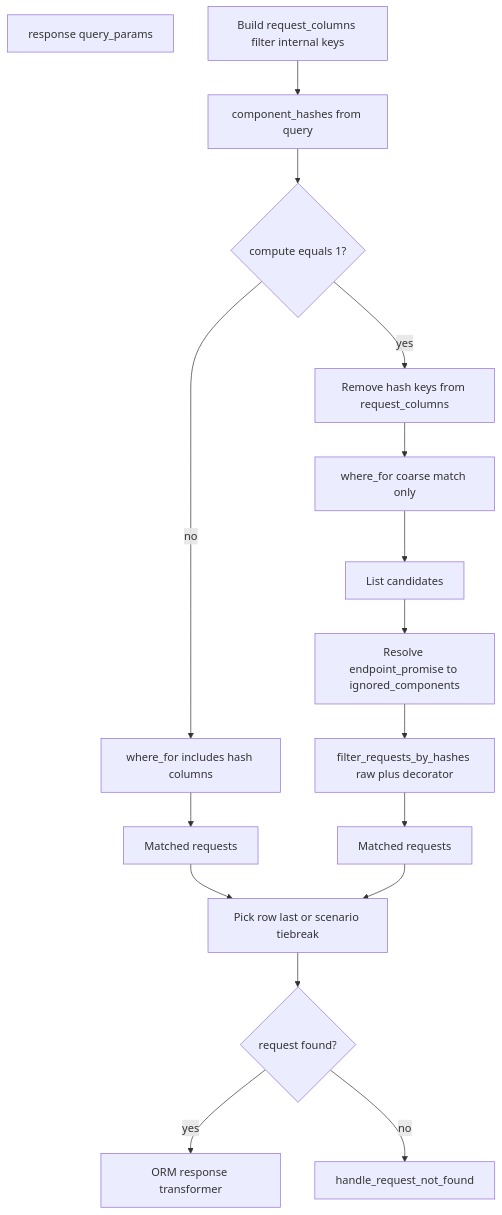
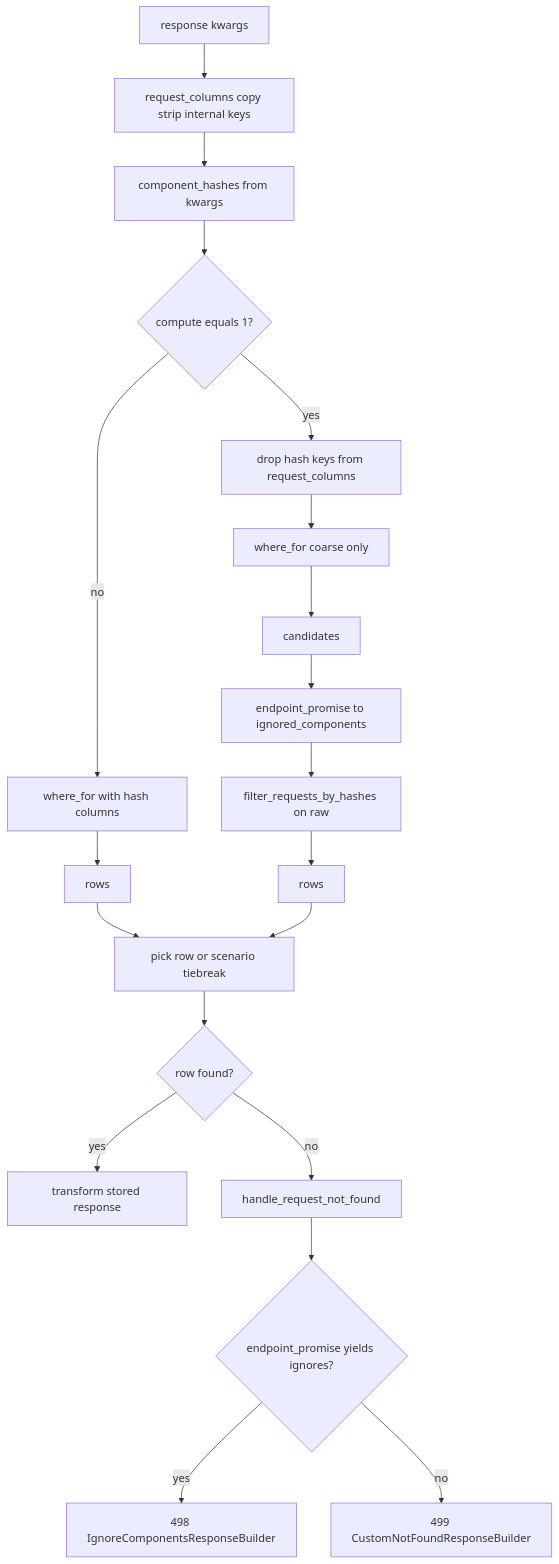
Before and after one commit to Stoobly/stoobly-agent: the fourth of 4 diagrams in docs/mock-request-matching.md, drawn with Mermaid. The commit also changed other lines of this file, not shown here.

Commit message:
Increase diagrams

````diff
--- a/docs/mock-request-matching.md
+++ b/docs/mock-request-matching.md
@@ -122,21 +76,24 @@
 ```mermaid
 flowchart TB
-  Start[response query_params]
-  Col[Build request_columns filter internal keys]
-  Snap[component_hashes from query]
+  Start[response kwargs]
+  Col[request_columns copy strip internal keys]
+  Snap[component_hashes from kwargs]
   Comp{compute equals 1?}
-  Col --> Snap --> Comp
-  Comp -->|no| ORM1[where_for includes hash columns]
-  ORM1 --> Rows1[Matched requests]
-  Comp -->|yes| Strip[Remove hash keys from request_columns]
-  Strip --> ORM2[where_for coarse match only]
-  ORM2 --> Rows2[List candidates]
-  Rows2 --> Resolv[Resolve endpoint_promise to ignored_components]
-  Resolv --> Filter[filter_requests_by_hashes raw plus decorator]
-  Filter --> Rows3[Matched requests]
-  Rows1 --> Pick[Pick row last or scenario tiebreak]
+  Start --> Col --> Snap --> Comp
+  Comp -->|no| ORM1[where_for with hash columns]
+  ORM1 --> Rows1[rows]
+  Comp -->|yes| Strip[drop hash keys from request_columns]
+  Strip --> ORM2[where_for coarse only]
+  ORM2 --> Rows2[candidates]
+  Rows2 --> Res[endpoint_promise to ignored_components]
+  Res --> Filt[filter_requests_by_hashes on raw]
+  Filt --> Rows3[rows]
+  Rows1 --> Pick[pick row or scenario tiebreak]
   Rows3 --> Pick
-  Pick --> Found{request found?}
-  Found -->|yes| Resp[ORM response transformer]
-  Found -->|no| NFD[handle_request_not_found]
+  Pick --> Got{row found?}
+  Got -->|yes| OK[transform stored response]
+  Got -->|no| NFD[handle_request_not_found]
+  NFD --> EP2{endpoint_promise yields ignores?}
+  EP2 -->|yes| R498[498 IgnoreComponentsResponseBuilder]
+  EP2 -->|no| R499[499 CustomNotFoundResponseBuilder]
 ```
````
